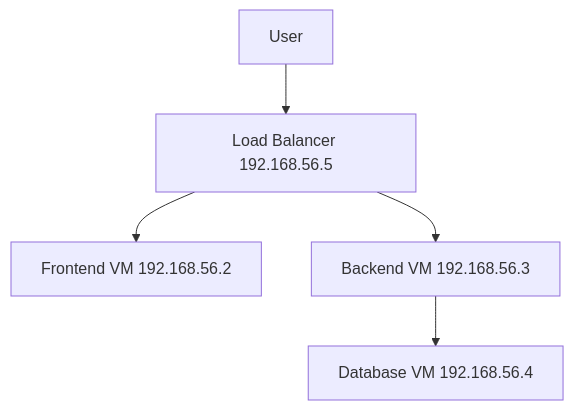
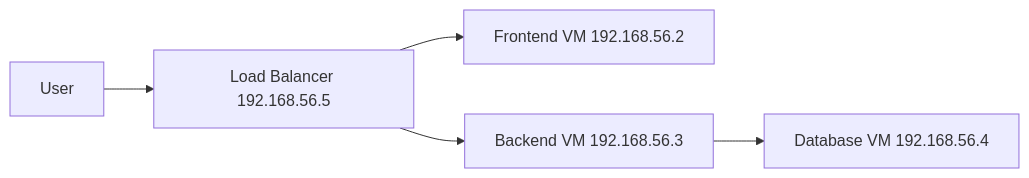
The diagram in README.md (roboticpuppies/three-tier-web-arch-demo), drawn with Mermaid before and after one commit.

Commit message:
change diagram to LR

````diff
--- a/README.md
+++ b/README.md
@@ -8,7 +8,7 @@
 ```mermaid
-flowchart TD
+flowchart LR
     A[User]-->B[Load Balancer 192.168.56.5]
     B-->C[Frontend VM 192.168.56.2]
     B-->D[Backend VM 192.168.56.3]
     D-->E[Database VM 192.168.56.4]
 ```
````
